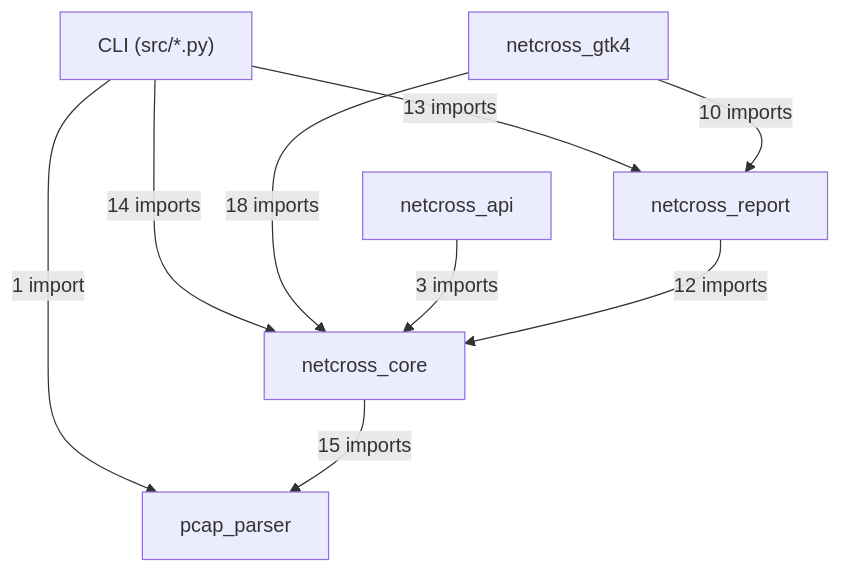
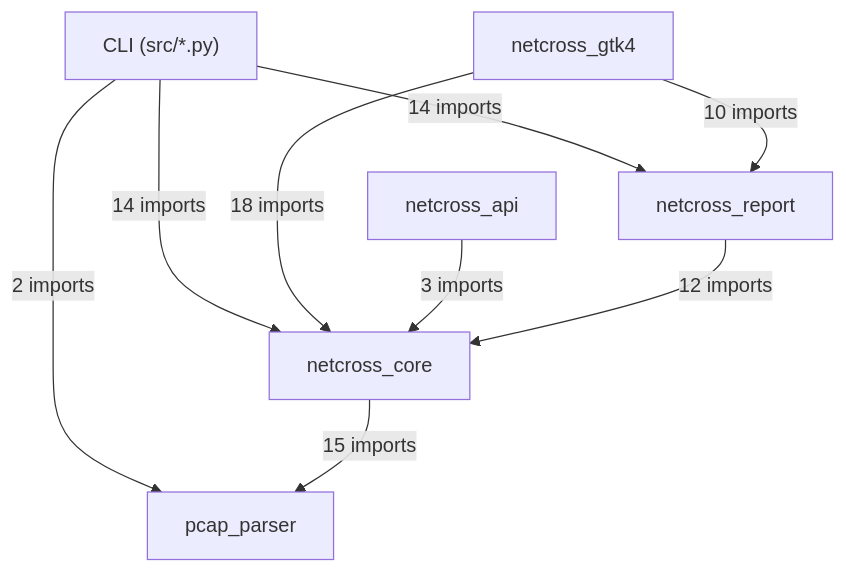
The first of 16 diagrams in docs/class-diagram.md (MathildeDec/Netcross), drawn with Mermaid before and after one commit. The commit also changed other lines of this file and 45 other files, not shown here.

````diff
--- a/docs/class-diagram.md
+++ b/docs/class-diagram.md
@@ -26,17 +26,17 @@
 ```mermaid
 flowchart TD
     CLI["CLI (src/*.py)"]
     netcross_gtk4["netcross_gtk4"]
     netcross_api["netcross_api"]
     netcross_report["netcross_report"]
     netcross_core["netcross_core"]
     pcap_parser["pcap_parser"]
-    CLI -->|"13 imports"| netcross_report
+    CLI -->|"14 imports"| netcross_report
     CLI -->|"14 imports"| netcross_core
-    CLI -->|"1 import"| pcap_parser
+    CLI -->|"2 imports"| pcap_parser
     netcross_gtk4 -->|"10 imports"| netcross_report
     netcross_gtk4 -->|"18 imports"| netcross_core
     netcross_api -->|"3 imports"| netcross_core
     netcross_report -->|"12 imports"| netcross_core
     netcross_core -->|"15 imports"| pcap_parser
 ```
````
